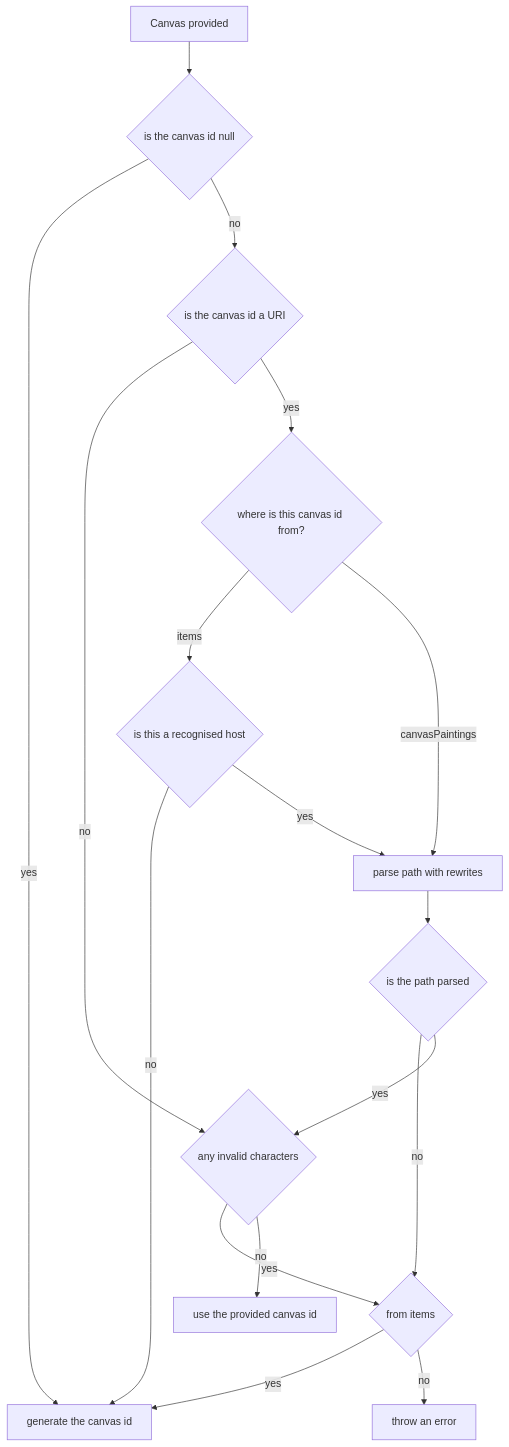
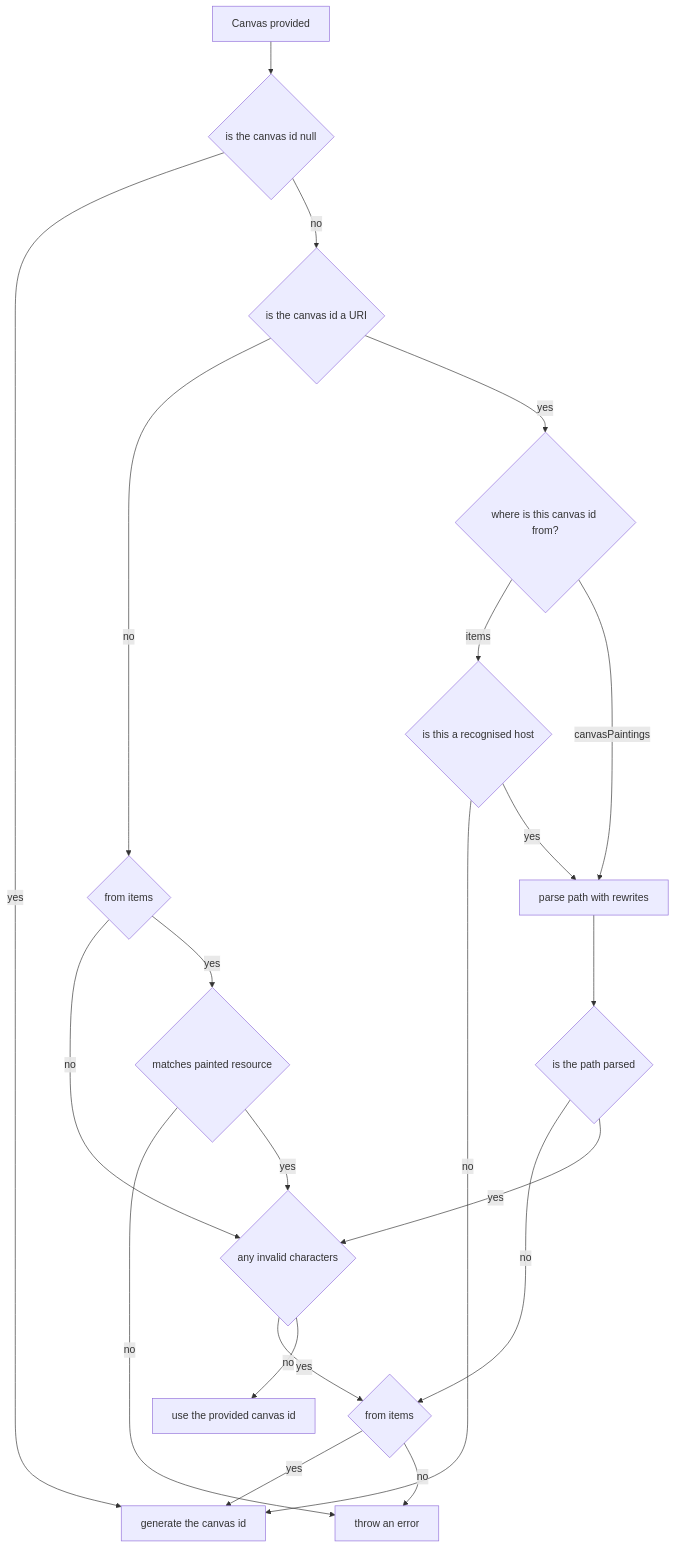
The diagram in docs/notes/canvas-id-parsing.md (dlcs/iiif-presentation), drawn with Mermaid before and after one commit. The commit also changed other lines of this file, not shown here.

Commit message:
update flowchart + add examples

````diff
--- a/docs/notes/canvas-id-parsing.md
+++ b/docs/notes/canvas-id-parsing.md
@@ -21,32 +21,38 @@
 ```mermaid
 flowchart TD
     first[Canvas provided]
     second{is the canvas id null}
     third[generate the canvas id]
     fourth{is the canvas id a URI}
     fifth{any invalid characters}
     sixth[use the provided canvas id]
     seventh{where is this canvas id from?}
     eighth{is this a recognised host}
     ninth[parse path with rewrites]
     tenth{is the path parsed}
     eleventh{from items}
     twelfth[throw an error]
+    thirteenth{from items}
+    fourteenth{matches painted resource}
 
     first --> second
     second -- yes --> third
     second -- no --> fourth
-    fourth -- no --> fifth
+    fourth -- no --> thirteenth
+    thirteenth -- no --> fifth
+    thirteenth -- yes --> fourteenth
+    fourteenth -- no --> twelfth
+    fourteenth -- yes --> fifth
     fifth -- yes --> eleventh
     fifth -- no --> sixth
     fourth -- yes --> seventh
     seventh -- items --> eighth
     eighth -- no --> third
     eighth -- yes --> ninth
     seventh -- canvasPaintings --> ninth
     ninth --> tenth
     tenth -- no --> eleventh
     tenth -- yes --> fifth
     eleventh -- yes --> third
     eleventh -- no --> twelfth
 ```
````
